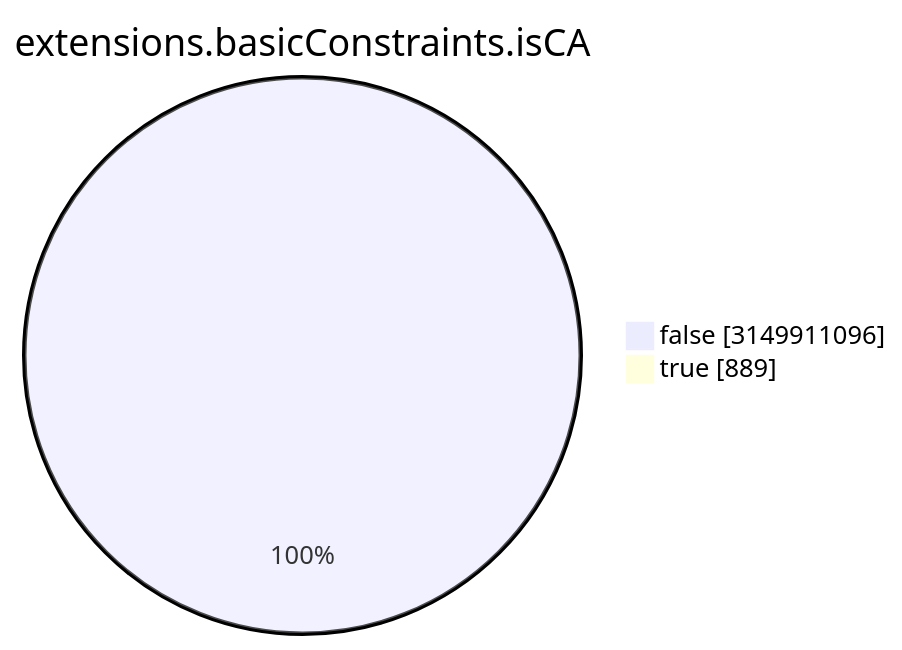
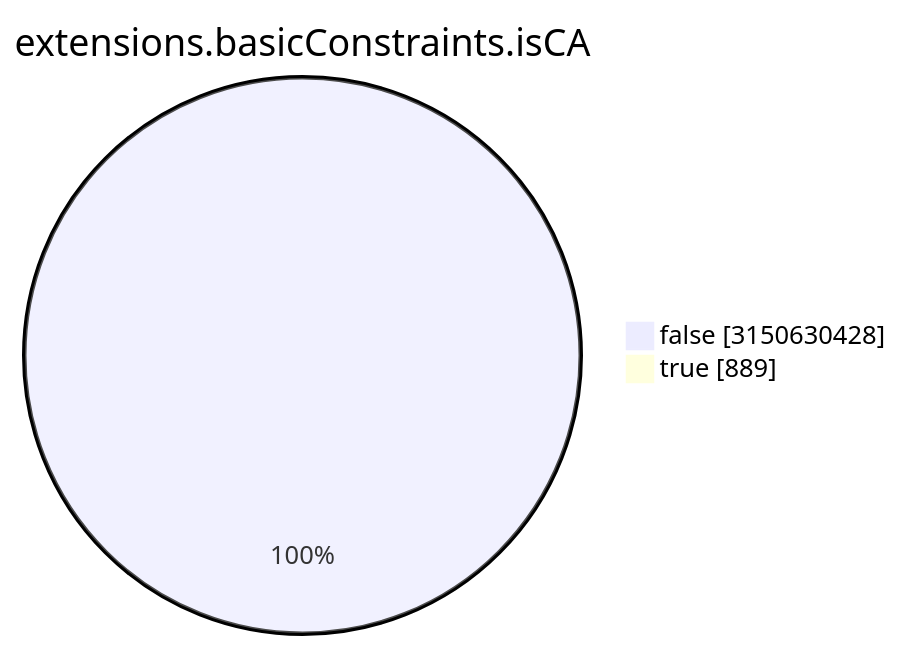
Before and after one commit to christiankrug/ctmonitor_visualization: the seventh of 15 diagrams in TOTAL/README.md, drawn with Mermaid. The commit also changed other lines of this file, not shown here.

````diff
--- a/TOTAL/README.md
+++ b/TOTAL/README.md
@@ -3088,6 +3088,6 @@
 ```mermaid
 pie showData
 title extensions.basicConstraints.isCA
-"false" :3149911096
+"false" :3150630428
 "true" :889
 ```
````
